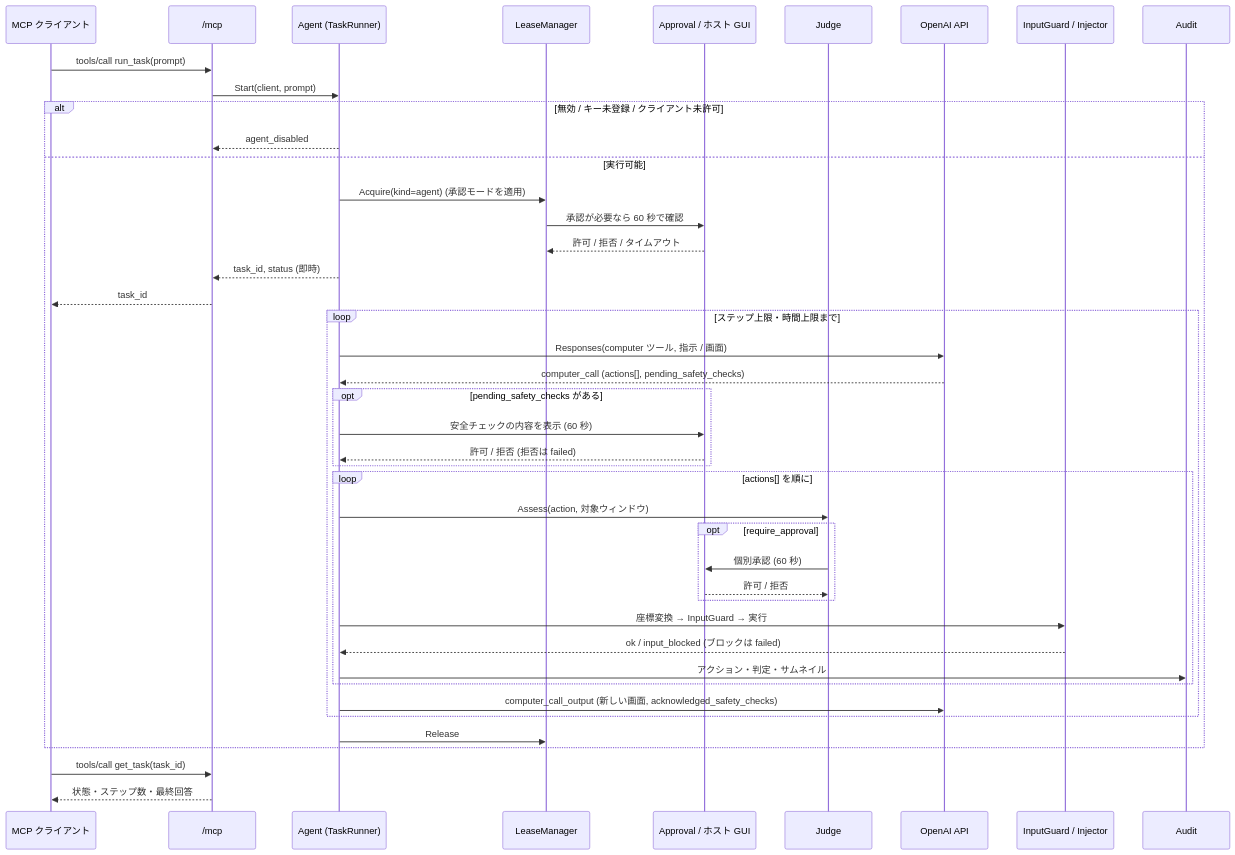
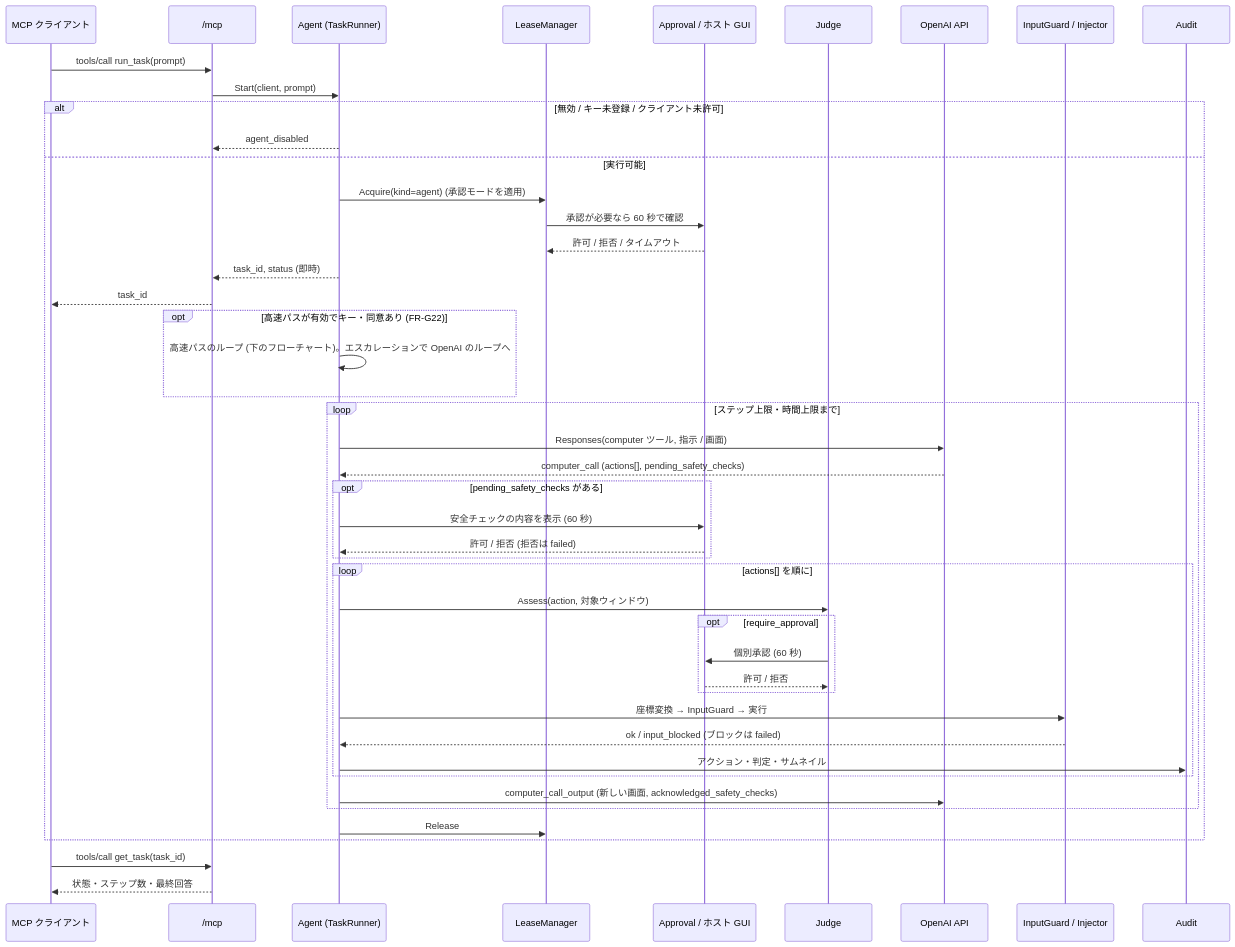
One commit to ousiassllc/puppet-remo changed the fifth of 9 diagrams in docs/architecture/overview.md. Above: the diagram before and after it, drawn with Mermaid. The commit also changed other lines of this file and 7 other files, not shown here.

````diff
--- a/docs/architecture/overview.md
+++ b/docs/architecture/overview.md
@@ -227,45 +250,48 @@
 ```mermaid
 sequenceDiagram
     participant C as MCP クライアント
     participant M as /mcp
     participant A as Agent (TaskRunner)
     participant L as LeaseManager
     participant P as Approval / ホスト GUI
     participant J as Judge
     participant O as OpenAI API
     participant I as InputGuard / Injector
     participant AU as Audit
     C->>M: tools/call run_task(prompt)
     M->>A: Start(client, prompt)
     alt 無効 / キー未登録 / クライアント未許可
         A-->>M: agent_disabled
     else 実行可能
         A->>L: Acquire(kind=agent) (承認モードを適用)
         L->>P: 承認が必要なら 60 秒で確認
         P-->>L: 許可 / 拒否 / タイムアウト
         A-->>M: task_id, status (即時)
         M-->>C: task_id
+        opt 高速パスが有効でキー・同意あり (FR-G22)
+            A->>A: 高速パスのループ (下のフローチャート)。エスカレーションで OpenAI のループへ
+        end
         loop ステップ上限・時間上限まで
             A->>O: Responses(computer ツール, 指示 / 画面)
             O-->>A: computer_call (actions[], pending_safety_checks)
             opt pending_safety_checks がある
                 A->>P: 安全チェックの内容を表示 (60 秒)
                 P-->>A: 許可 / 拒否 (拒否は failed)
             end
             loop actions[] を順に
                 A->>J: Assess(action, 対象ウィンドウ)
                 opt require_approval
                     J->>P: 個別承認 (60 秒)
                     P-->>J: 許可 / 拒否
                 end
                 A->>I: 座標変換 → InputGuard → 実行
                 I-->>A: ok / input_blocked (ブロックは failed)
                 A->>AU: アクション・判定・サムネイル
             end
             A->>O: computer_call_output (新しい画面, acknowledged_safety_checks)
         end
         A->>L: Release
     end
     C->>M: tools/call get_task(task_id)
     M-->>C: 状態・ステップ数・最終回答
 ```
````
